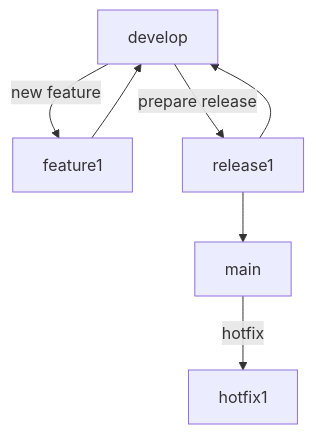
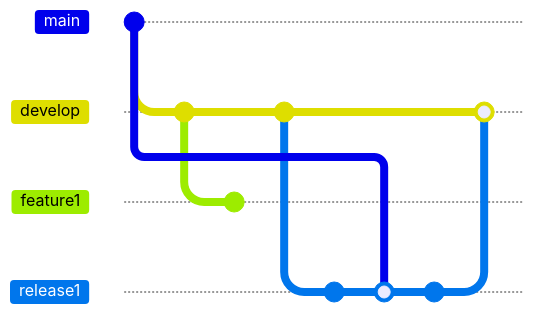
Before and after one commit to alvarogil-dev/backend-guidelines: the first of 4 diagrams in git-guidelines.md, drawn with Mermaid. The commit also changed other lines of this file, not shown here. Commit ids are hidden.

````diff
--- a/git-guidelines.md
+++ b/git-guidelines.md
@@ -168,9 +167,21 @@
 ```mermaid
-flowchart TD
-    main -->|hotfix| hotfix1
-    develop -->|new feature| feature1
-    feature1 --> develop
-    develop -->|prepare release| release1
-    release1 --> main
-    release1 --> develop
+gitGraph
+   commit
+   branch develop
+   checkout develop
+   commit
+   branch feature1
+   checkout feature1
+   commit
+   checkout develop
+   commit
+   branch release1
+   checkout release1
+   commit
+   checkout main
+   checkout release1
+   merge main
+   commit
+   checkout develop
+   merge release1
 ```
````
